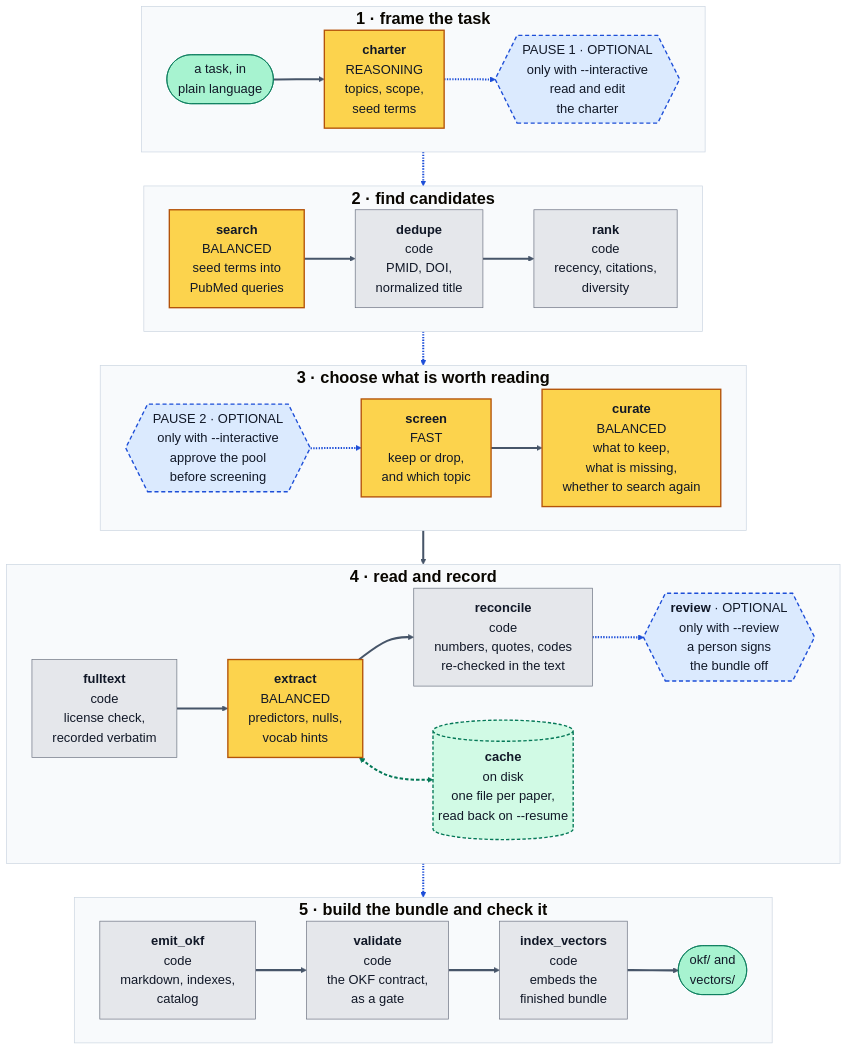
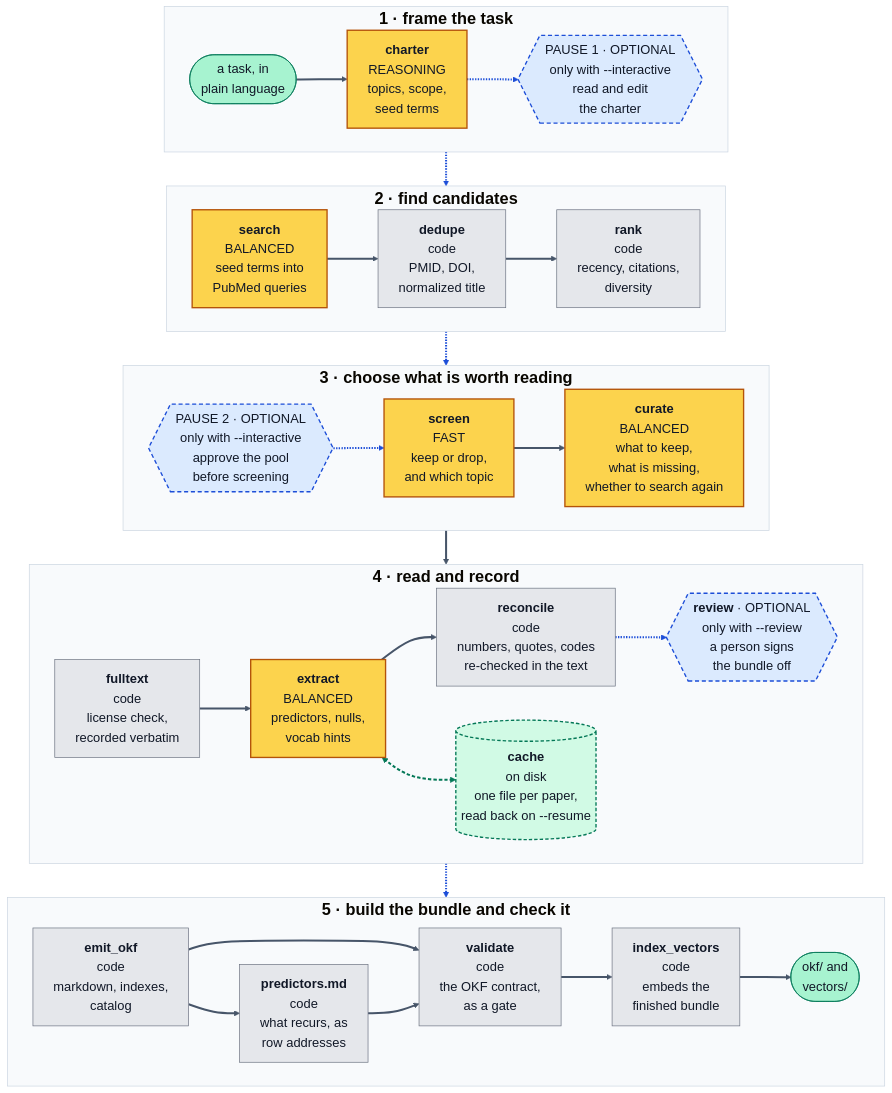
The diagram in README.md (PFreda-Lab/okf-loremaster), drawn with Mermaid before and after one commit. The commit also changed other lines of this file and 9 other files, not shown here.

````diff
--- a/README.md
+++ b/README.md
@@ -158,56 +206,57 @@
 ```mermaid
 %%{init: {"theme":"base","flowchart":{"wrappingWidth":260},"themeVariables":{"fontSize":"19px","lineColor":"#475569","primaryTextColor":"#111827"}}}%%
 flowchart TB
     subgraph r1 ["<span style='font-size:24px'><b>1 · frame the task</b></span>"]
         direction LR
         task(["a task, in<br/>plain language"]) --> charter["<b>charter</b><br/>REASONING<br/>topics, scope,<br/>seed terms"] -.-> p1{{"PAUSE 1 · OPTIONAL<br/>only with --interactive<br/>read and edit<br/>the charter"}}
     end
 
     subgraph r2 ["<span style='font-size:24px'><b>2 · find candidates</b></span>"]
         direction LR
         search["<b>search</b><br/>BALANCED<br/>seed terms into<br/>PubMed queries"] --> dedupe["<b>dedupe</b><br/>code<br/>PMID, DOI,<br/>normalized title"] --> rank["<b>rank</b><br/>code<br/>recency, citations,<br/>diversity"]
     end
 
     subgraph r3 ["<span style='font-size:24px'><b>3 · choose what is worth reading</b></span>"]
         direction LR
         p2{{"PAUSE 2 · OPTIONAL<br/>only with --interactive<br/>approve the pool<br/>before screening"}} -.-> screen["<b>screen</b><br/>FAST<br/>keep or drop,<br/>and which topic"] --> curate["<b>curate</b><br/>BALANCED<br/>what to keep,<br/>what is missing,<br/>whether to search again"]
     end
 
     subgraph r4 ["<span style='font-size:24px'><b>4 · read and record</b></span>"]
         direction LR
         fulltext["<b>fulltext</b><br/>code<br/>license check,<br/>recorded verbatim"] --> extract["<b>extract</b><br/>BALANCED<br/>predictors, nulls,<br/>vocab hints"] --> reconcile["<b>reconcile</b><br/>code<br/>numbers, quotes, codes<br/>re-checked in the text"]
         cache[("<b>cache</b><br/>on disk<br/>one file per paper,<br/>read back on --resume")]
         review{{"<b>review</b> · OPTIONAL<br/>only with --review<br/>a person signs<br/>the bundle off"}}
     end
 
     subgraph r5 ["<span style='font-size:24px'><b>5 · build the bundle and check it</b></span>"]
         direction LR
         emit["<b>emit_okf</b><br/>code<br/>markdown, indexes,<br/>catalog"] --> validate["<b>validate</b><br/>code<br/>the OKF contract,<br/>as a gate"] --> vectors["<b>index_vectors</b><br/>code<br/>embeds the<br/>finished bundle"] --> out(["okf/ and<br/>vectors/"])
+        emit --> recur["<b>predictors.md</b><br/>code<br/>what recurs, as<br/>row addresses"] --> validate
     end
 
     p1 -.-> search
     rank -.-> p2
     curate --> fulltext
     reconcile -.-> review
     review -.-> emit
     extract <--> cache
 
     linkStyle default stroke-width:3px
-    linkStyle 1,4,11,12,14,15 stroke:#1d4ed8,stroke-width:3px
-    linkStyle 16 stroke:#047857,stroke-width:3px,stroke-dasharray:5 3
+    linkStyle 1,4,13,14,16,17 stroke:#1d4ed8,stroke-width:3px
+    linkStyle 18 stroke:#047857,stroke-width:3px,stroke-dasharray:5 3
     classDef agent fill:#fcd34d,stroke:#b45309,stroke-width:2px,color:#111827
     classDef code fill:#e5e7eb,stroke:#6b7280,color:#111827
     classDef human fill:#dbeafe,stroke:#1d4ed8,stroke-width:2px,stroke-dasharray:6 4,color:#111827
     classDef io fill:#a7f3d0,stroke:#047857,color:#111827
     classDef store fill:#d1fae5,stroke:#047857,stroke-width:2px,stroke-dasharray:5 3,color:#111827
     class charter,search,screen,curate,extract agent
-    class dedupe,rank,fulltext,reconcile,emit,validate,vectors code
+    class dedupe,rank,fulltext,reconcile,emit,recur,validate,vectors code
     class p1,p2,review human
     class task,out io
     class cache store
     style r1 fill:#f8fafc,stroke:#cbd5e1,color:#475569
     style r2 fill:#f8fafc,stroke:#cbd5e1,color:#475569
     style r3 fill:#f8fafc,stroke:#cbd5e1,color:#475569
     style r4 fill:#f8fafc,stroke:#cbd5e1,color:#475569
     style r5 fill:#f8fafc,stroke:#cbd5e1,color:#475569
 ```
````
